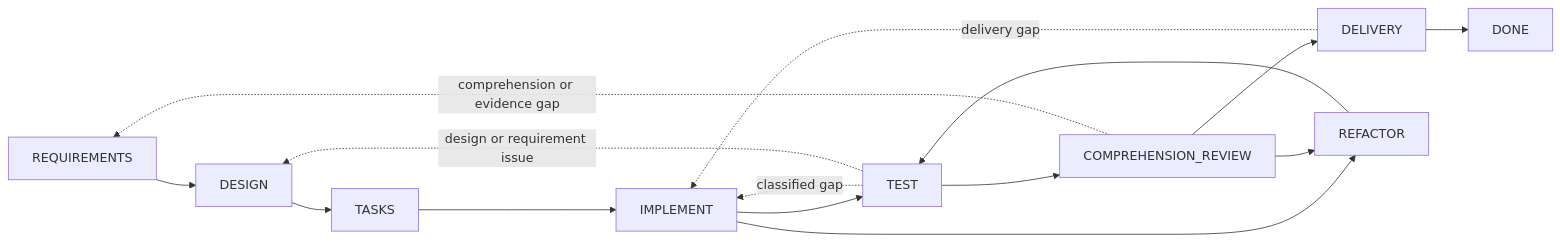
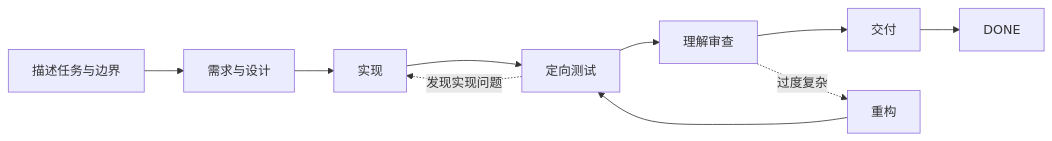
One commit to Innocent-children/dev-flow changed the diagram in README.md. Above: the diagram before and after it, drawn with Mermaid. The commit also changed other lines of this file and 19 other files, not shown here.

````diff
--- a/README.md
+++ b/README.md
@@ -213,17 +40,12 @@
 ```mermaid
 flowchart LR
-    R[REQUIREMENTS] --> D[DESIGN]
-    D --> T[TASKS]
-    T --> I[IMPLEMENT]
-    I --> V[TEST]
-    V --> C[COMPREHENSION_REVIEW]
-    C --> L[DELIVERY]
-    L --> O[DONE]
-    I --> F[REFACTOR]
-    C --> F
-    F --> V
-    V -. classified gap .-> I
-    V -. design or requirement issue .-> D
-    C -. comprehension or evidence gap .-> R
-    L -. delivery gap .-> I
+    A["描述任务与边界"] --> B["需求与设计"]
+    B --> C["实现"]
+    C --> D["定向测试"]
+    D --> E["理解审查"]
+    E --> F["交付"]
+    F --> G["DONE"]
+    D -. 发现实现问题 .-> C
+    E -. 过度复杂 .-> H["重构"]
+    H --> D
 ```
````
